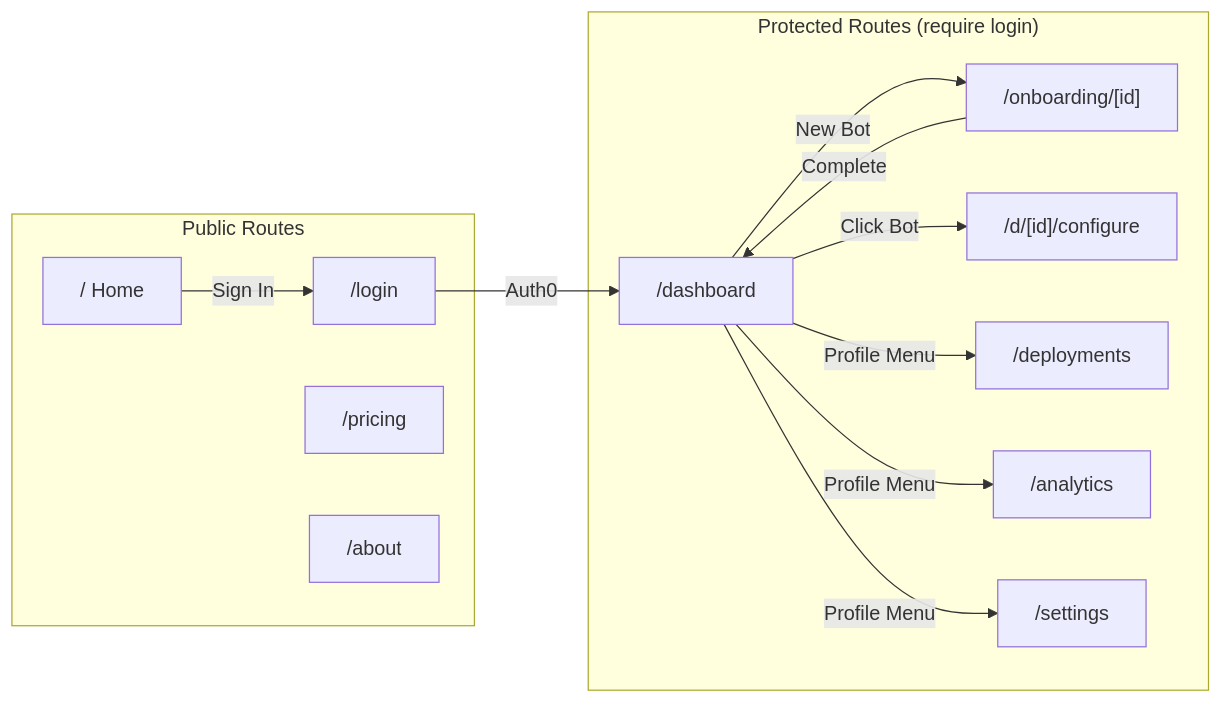
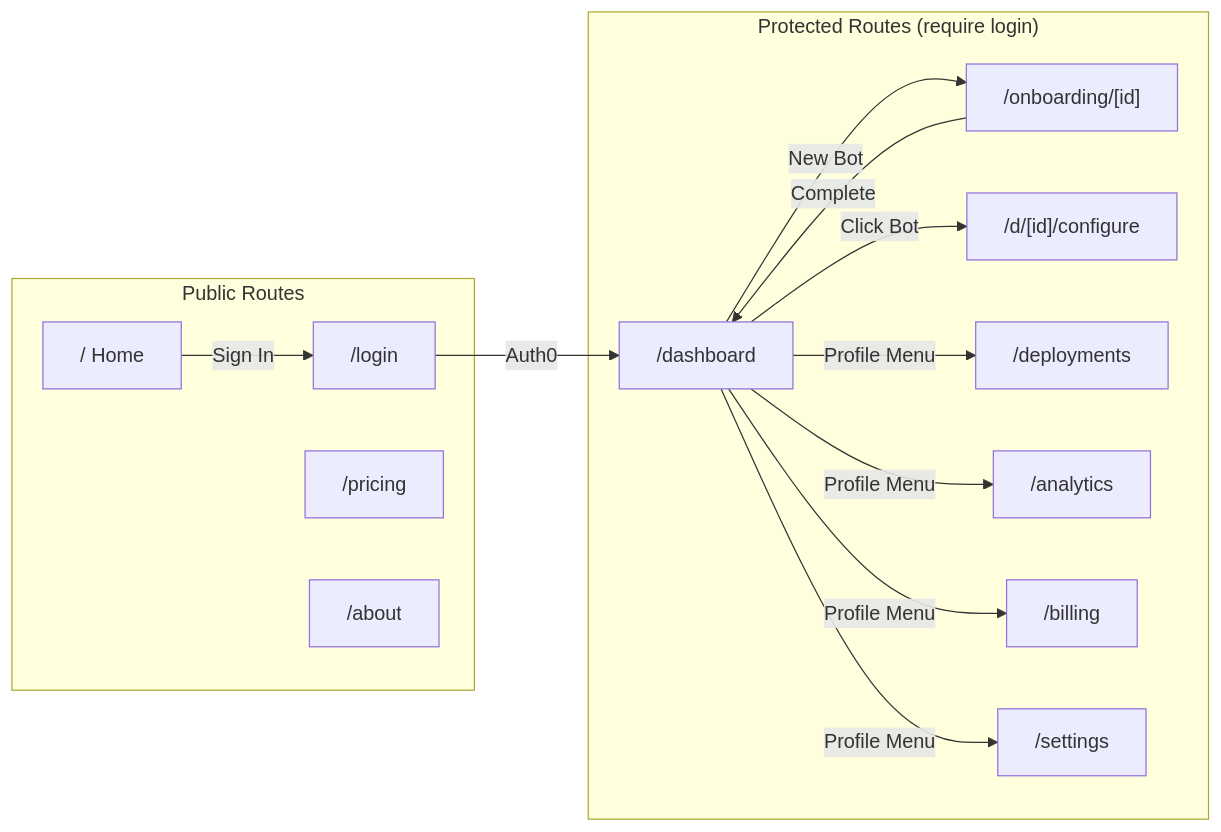
Before and after one commit to Bretthb/jarble: the second of 31 diagrams in DEVELOPER-GUIDE.md, drawn with Mermaid. The commit also changed other lines of this file and 15 other files, not shown here.

````diff
--- a/DEVELOPER-GUIDE.md
+++ b/DEVELOPER-GUIDE.md
@@ -112,27 +112,29 @@
 ```mermaid
 graph LR
     subgraph Public["Public Routes"]
         HOME["/ Home"]
         LOGIN["/login"]
         PRICING["/pricing"]
         ABOUT["/about"]
     end
 
     subgraph Protected["Protected Routes (require login)"]
         DASH["/dashboard"]
         WIZARD["/onboarding/[id]"]
         CONFIG["/d/[id]/configure"]
         LINKED["/deployments"]
         ANALYTICS["/analytics"]
+        BILLING["/billing"]
         SETTINGS["/settings"]
     end
 
     HOME -->|Sign In| LOGIN
     LOGIN -->|Auth0| DASH
     DASH -->|New Bot| WIZARD
     DASH -->|Click Bot| CONFIG
     DASH -->|Profile Menu| ANALYTICS
+    DASH -->|Profile Menu| BILLING
     DASH -->|Profile Menu| SETTINGS
     DASH -->|Profile Menu| LINKED
     WIZARD -->|Complete| DASH
 ```
````
